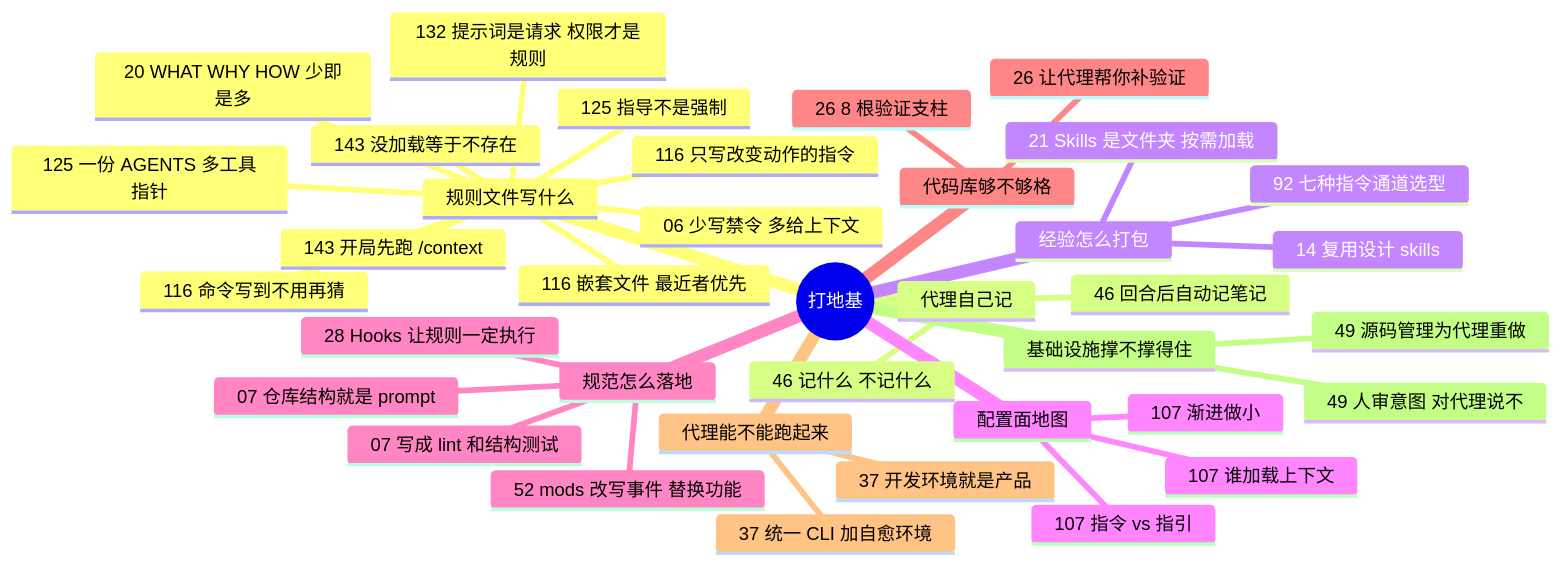
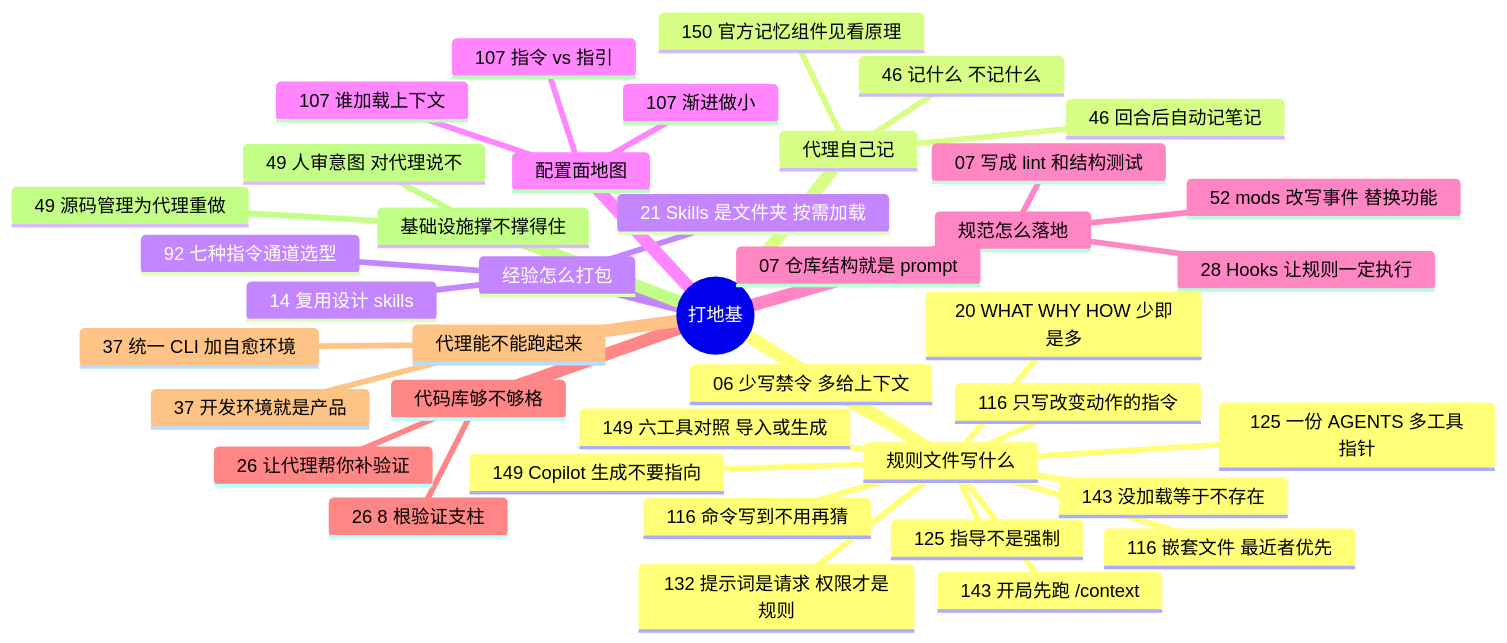
Before and after one commit to yzw7489757/ai-coding-videos: the diagram in docs/guide/foundation.md, drawn with Mermaid. The commit also changed other lines of this file and 17 other files, not shown here.

````diff
--- a/docs/guide/foundation.md
+++ b/docs/guide/foundation.md
@@ -13,40 +13,43 @@
 ```mermaid
 mindmap
   root((打地基))
     规则文件写什么
       20 WHAT WHY HOW 少即是多
       06 少写禁令 多给上下文
       143 开局先跑 /context
       143 没加载等于不存在
+      149 六工具对照 导入或生成
+      149 Copilot 生成不要指向
       125 一份 AGENTS 多工具指针
       125 指导不是强制
       116 只写改变动作的指令
       116 命令写到不用再猜
       116 嵌套文件 最近者优先
       132 提示词是请求 权限才是规则
     代理自己记
       46 回合后自动记笔记
       46 记什么 不记什么
+      150 官方记忆组件见看原理
     经验怎么打包
       21 Skills 是文件夹 按需加载
       14 复用设计 skills
       92 七种指令通道选型
     配置面地图
       107 指令 vs 指引
       107 谁加载上下文
       107 渐进做小
     规范怎么落地
       07 写成 lint 和结构测试
       07 仓库结构就是 prompt
       28 Hooks 让规则一定执行
       52 mods 改写事件 替换功能
     代码库够不够格
       26 8 根验证支柱
       26 让代理帮你补验证
     代理能不能跑起来
       37 开发环境就是产品
       37 统一 CLI 加自愈环境
     基础设施撑不撑得住
       49 源码管理为代理重做
       49 人审意图 对代理说不
 ```
````
